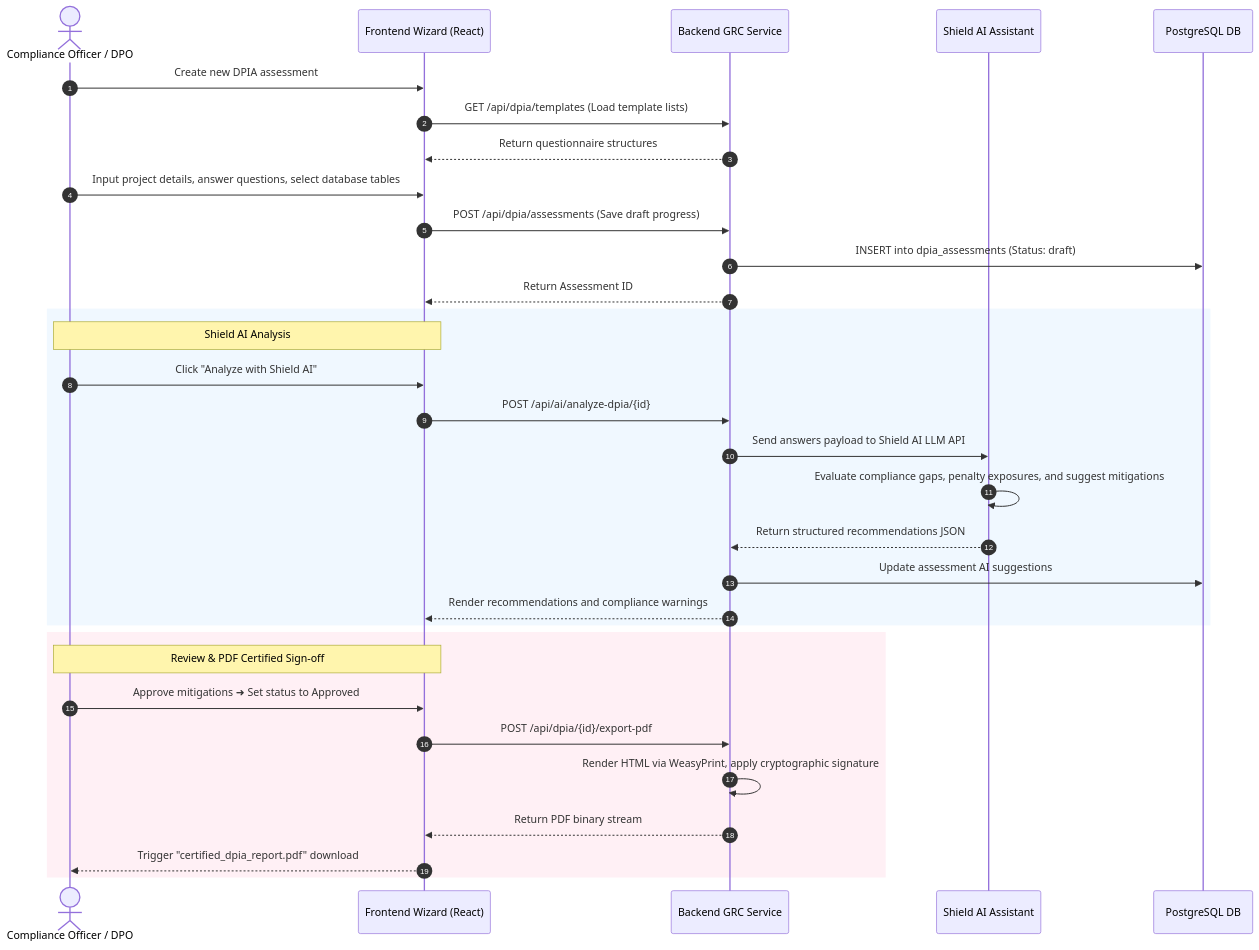
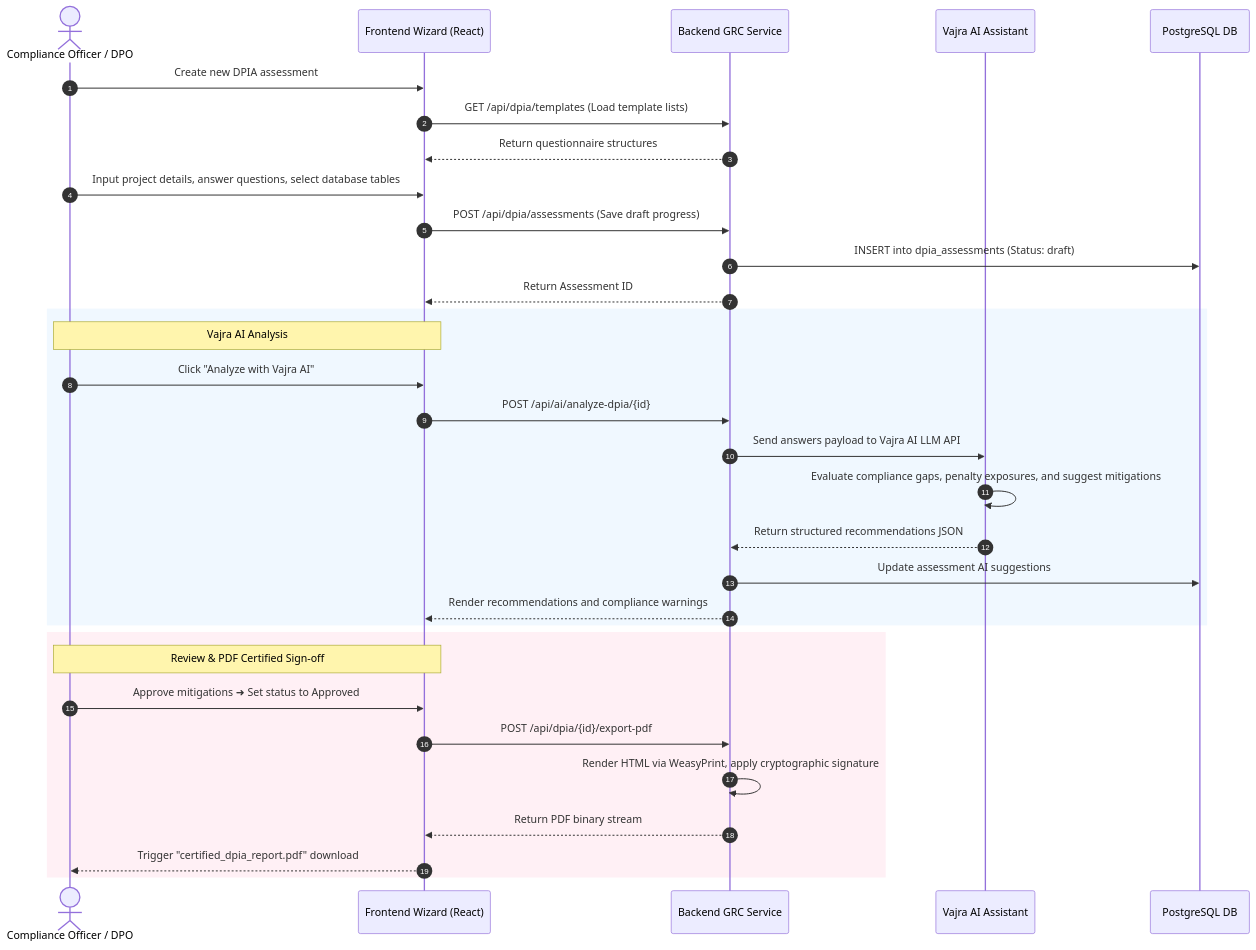
The second of 4 diagrams in docs/Governance/dpia_module.md (shreyv7/hack), drawn with Mermaid before and after one commit. The commit also changed other lines of this file and 345 other files, not shown here.

````diff
--- a/docs/Governance/dpia_module.md
+++ b/docs/Governance/dpia_module.md
@@ -50,37 +50,37 @@
 ```mermaid
 sequenceDiagram
     autonumber
     actor DPO as Compliance Officer / DPO
     participant FE as Frontend Wizard (React)
     participant BE as Backend GRC Service
-    participant AI as Shield AI Assistant
+    participant AI as Vajra AI Assistant
     participant DB as PostgreSQL DB
 
     DPO->>FE: Create new DPIA assessment
     FE->>BE: GET /api/dpia/templates (Load template lists)
     BE-->>FE: Return questionnaire structures
     DPO->>FE: Input project details, answer questions, select database tables
     FE->>BE: POST /api/dpia/assessments (Save draft progress)
     BE->>DB: INSERT into dpia_assessments (Status: draft)
     BE-->>FE: Return Assessment ID
 
     rect rgb(240, 248, 255)
-        Note over DPO, FE: Shield AI Analysis
-        DPO->>FE: Click "Analyze with Shield AI"
+        Note over DPO, FE: Vajra AI Analysis
+        DPO->>FE: Click "Analyze with Vajra AI"
         FE->>BE: POST /api/ai/analyze-dpia/{id}
-        BE->>AI: Send answers payload to Shield AI LLM API
+        BE->>AI: Send answers payload to Vajra AI LLM API
         AI->>AI: Evaluate compliance gaps, penalty exposures, and suggest mitigations
         AI-->>BE: Return structured recommendations JSON
         BE->>DB: Update assessment AI suggestions
         BE-->>FE: Render recommendations and compliance warnings
     end
 
     rect rgb(255, 240, 245)
         Note over DPO, FE: Review & PDF Certified Sign-off
         DPO->>FE: Approve mitigations ➜ Set status to Approved
         FE->>BE: POST /api/dpia/{id}/export-pdf
         BE->>BE: Render HTML via WeasyPrint, apply cryptographic signature
         BE-->>FE: Return PDF binary stream
         FE-->>DPO: Trigger "certified_dpia_report.pdf" download
     end
 ```
````
